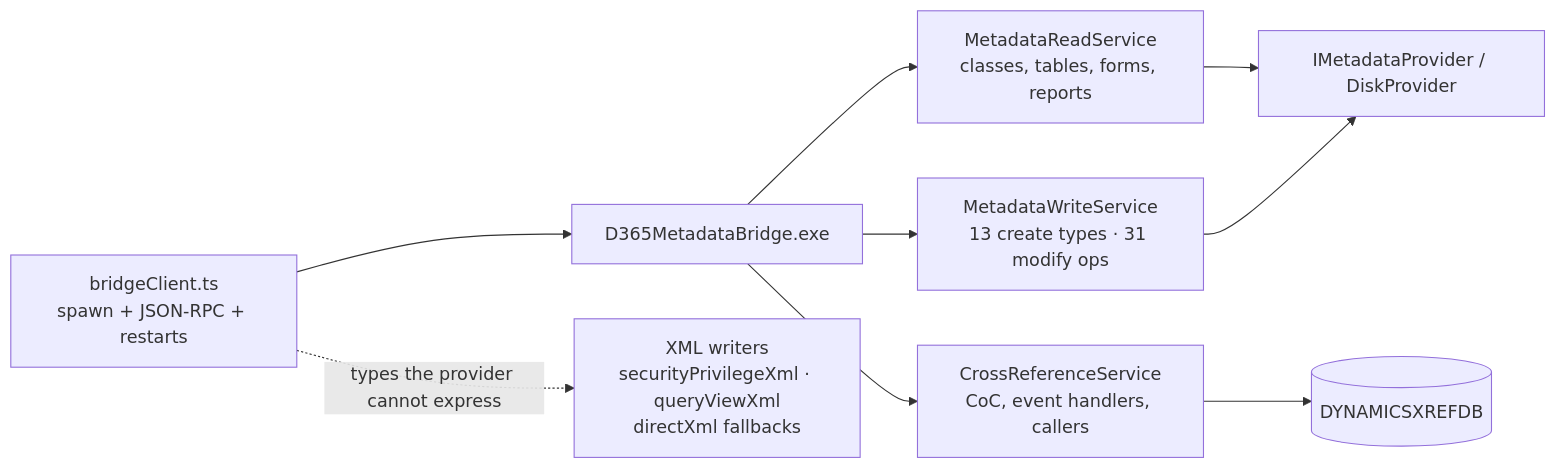
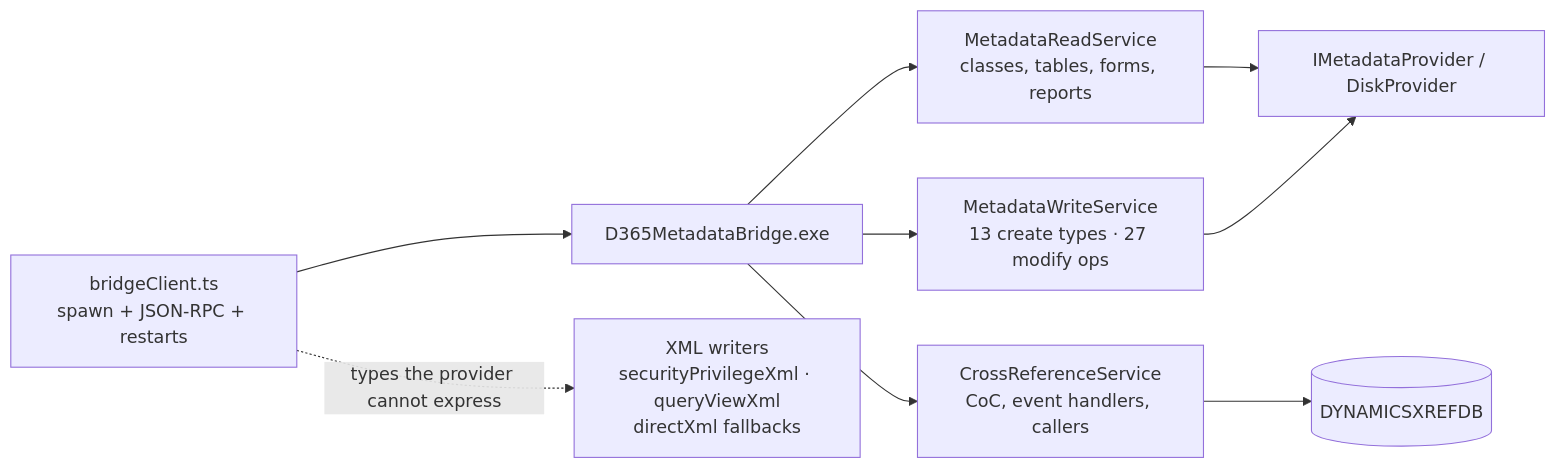
One commit to dynamics365ninja/d365fo-mcp-server changed the fourth of 6 diagrams in docs/ARCHITECTURE.md. Above: the diagram before and after it, drawn with Mermaid. The commit also changed other lines of this file and 9 other files, not shown here.

````diff
--- a/docs/ARCHITECTURE.md
+++ b/docs/ARCHITECTURE.md
@@ -130,10 +130,10 @@
 ```mermaid
 graph LR
     TS[bridgeClient.ts\nspawn + JSON-RPC + restarts] --> EXE[D365MetadataBridge.exe]
     TS -.->|types the provider cannot express| XMLW[XML writers\nsecurityPrivilegeXml · queryViewXml\ndirectXml fallbacks]
     EXE --> READ[MetadataReadService\nclasses, tables, forms, reports]
-    EXE --> WRITE[MetadataWriteService\n13 create types · 31 modify ops]
+    EXE --> WRITE[MetadataWriteService\n13 create types · 27 modify ops]
     EXE --> XREF[CrossReferenceService\nCoC, event handlers, callers]
     READ & WRITE --> PROV[IMetadataProvider / DiskProvider]
     XREF --> SQL[(DYNAMICSXREFDB)]
 ```
````
